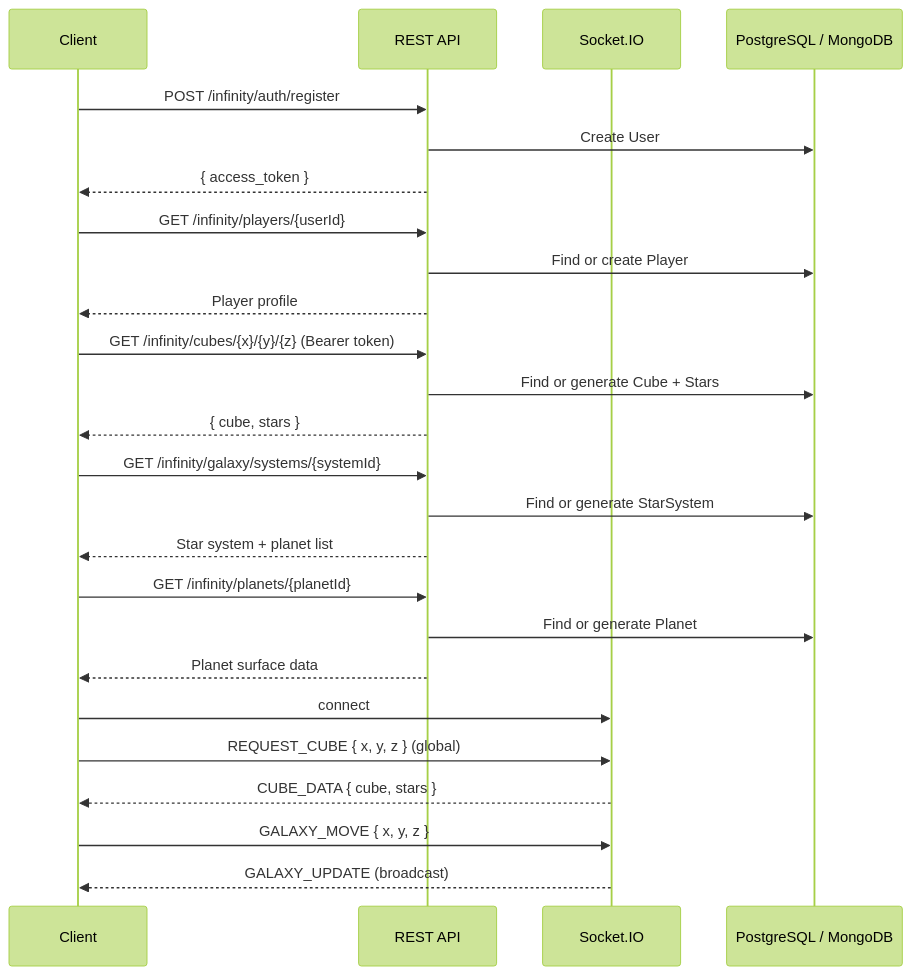
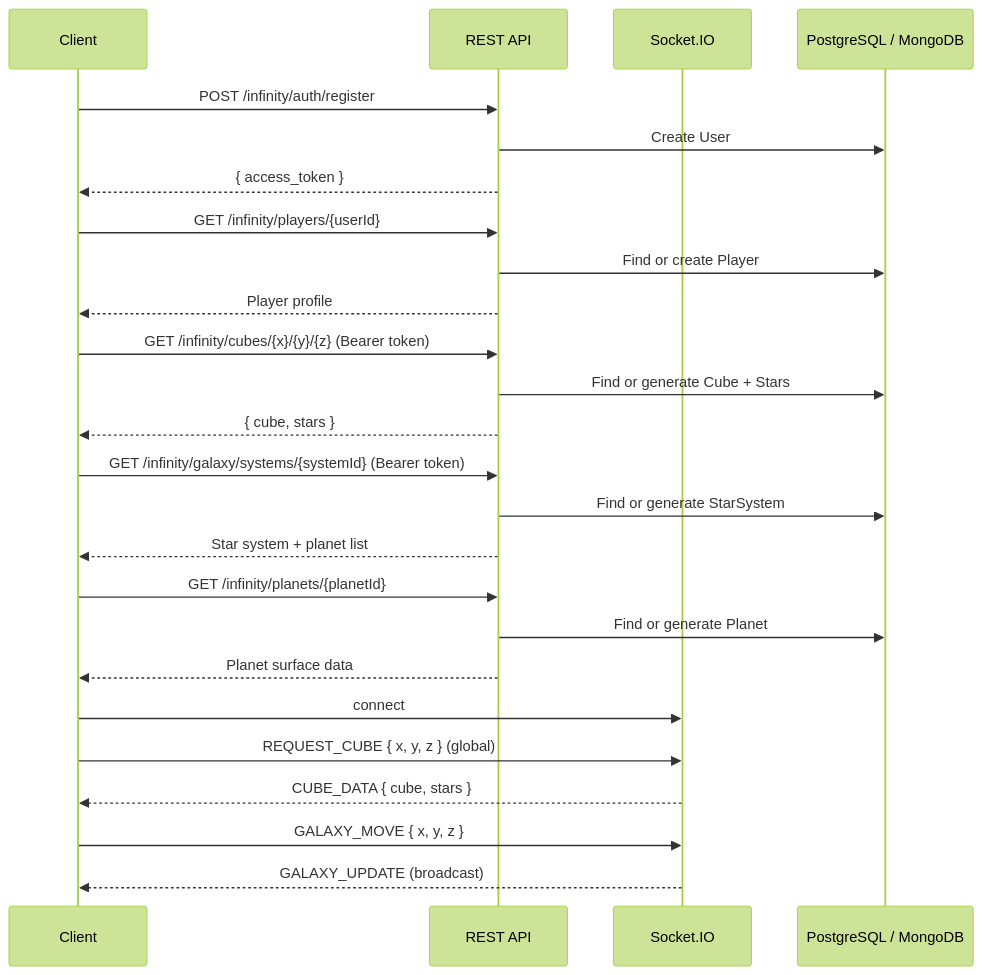
One commit to v-rossignol/infinity changed the diagram in documentation/infinity-api.md. Above: the diagram before and after it, drawn with Mermaid (forest theme). The commit also changed other lines of this file and 33 other files, not shown here.

Commit message:
Align star systems with cube stars by UUID, extract StarSystemService, and update docs and tests.

````diff
--- a/documentation/infinity-api.md
+++ b/documentation/infinity-api.md
@@ -910,34 +917,34 @@
 ```mermaid
 sequenceDiagram
   participant Client
   participant REST as REST API
   participant WS as Socket.IO
   participant DB as PostgreSQL / MongoDB
 
   Client->>REST: POST /infinity/auth/register
   REST->>DB: Create User
   REST-->>Client: { access_token }
 
   Client->>REST: GET /infinity/players/{userId}
   REST->>DB: Find or create Player
   REST-->>Client: Player profile
 
   Client->>REST: GET /infinity/cubes/{x}/{y}/{z} (Bearer token)
   REST->>DB: Find or generate Cube + Stars
   REST-->>Client: { cube, stars }
 
-  Client->>REST: GET /infinity/galaxy/systems/{systemId}
+  Client->>REST: GET /infinity/galaxy/systems/{systemId} (Bearer token)
   REST->>DB: Find or generate StarSystem
   REST-->>Client: Star system + planet list
 
   Client->>REST: GET /infinity/planets/{planetId}
   REST->>DB: Find or generate Planet
   REST-->>Client: Planet surface data
 
   Client->>WS: connect
   Client->>WS: REQUEST_CUBE { x, y, z } (global)
   WS-->>Client: CUBE_DATA { cube, stars }
 
   Client->>WS: GALAXY_MOVE { x, y, z }
   WS-->>Client: GALAXY_UPDATE (broadcast)
 ```
````
